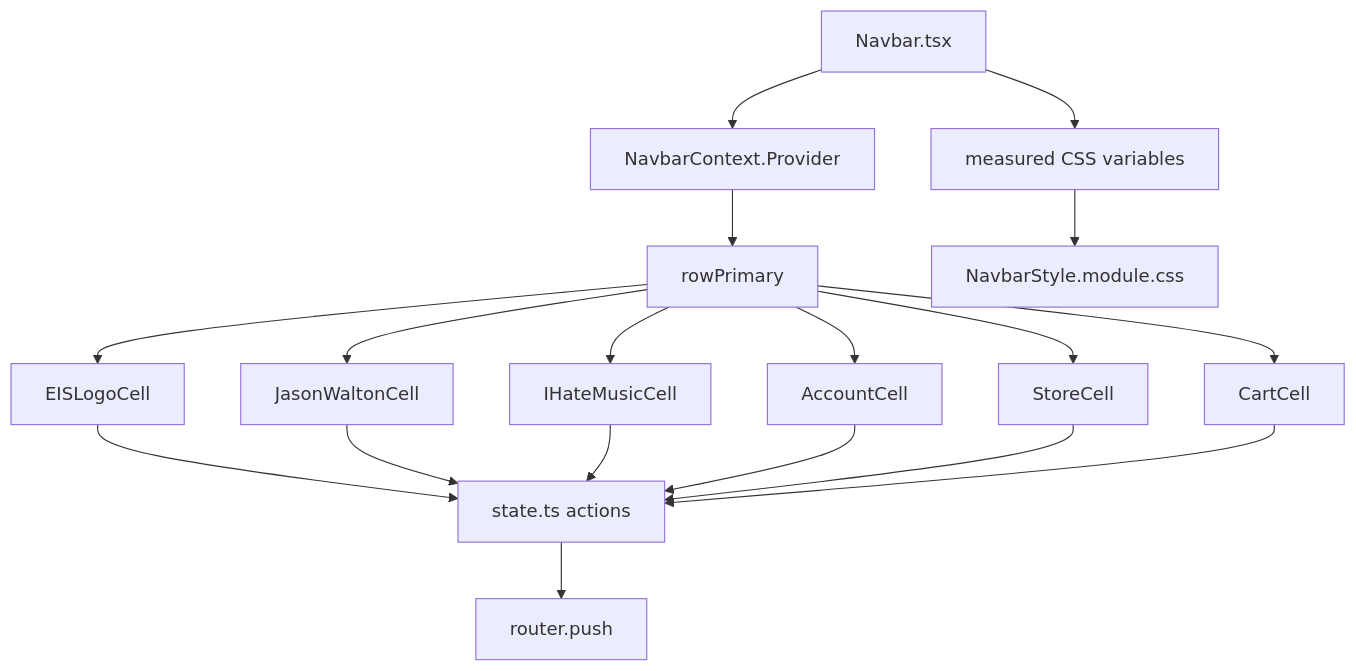
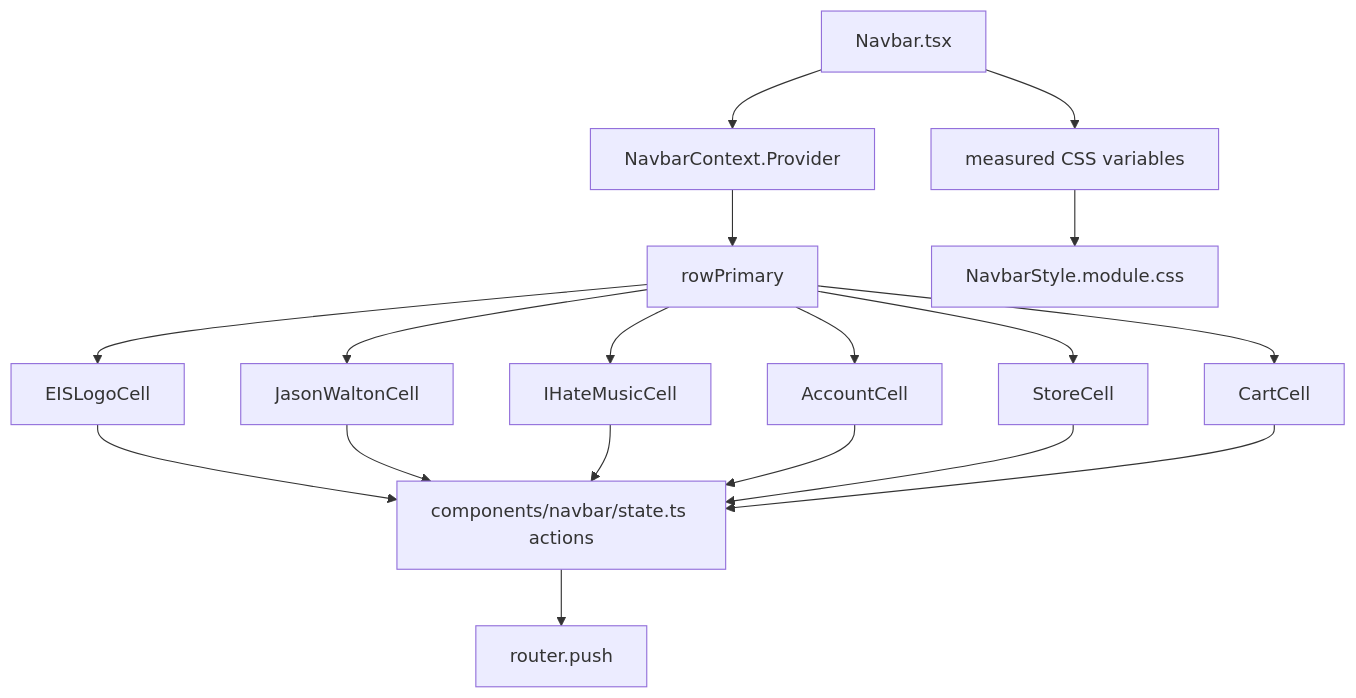
One commit to bucketb0t/Earth_In_Sound changed the fourth of 20 diagrams in PROJECT_LEARNING_FLOW.md. Above: the diagram before and after it, drawn with Mermaid. The commit also changed other lines of this file and 20 other files, not shown here.

````diff
--- a/PROJECT_LEARNING_FLOW.md
+++ b/PROJECT_LEARNING_FLOW.md
@@ -368,22 +371,22 @@
 ```mermaid
 flowchart TD
   Navbar["Navbar.tsx"] --> Provider["NavbarContext.Provider"]
   Provider --> Row["rowPrimary"]
   Row --> EIS["EISLogoCell"]
   Row --> JWW["JasonWaltonCell"]
   Row --> IHM["IHateMusicCell"]
   Row --> Account["AccountCell"]
   Row --> Store["StoreCell"]
   Row --> Cart["CartCell"]
 
   Navbar --> Geometry["measured CSS variables"]
   Geometry --> Css["NavbarStyle.module.css"]
 
-  EIS --> State["state.ts actions"]
+  EIS --> State["components/navbar/state.ts actions"]
   JWW --> State
   IHM --> State
   Account --> State
   Store --> State
   Cart --> State
   State --> Router["router.push"]
 ```
````
